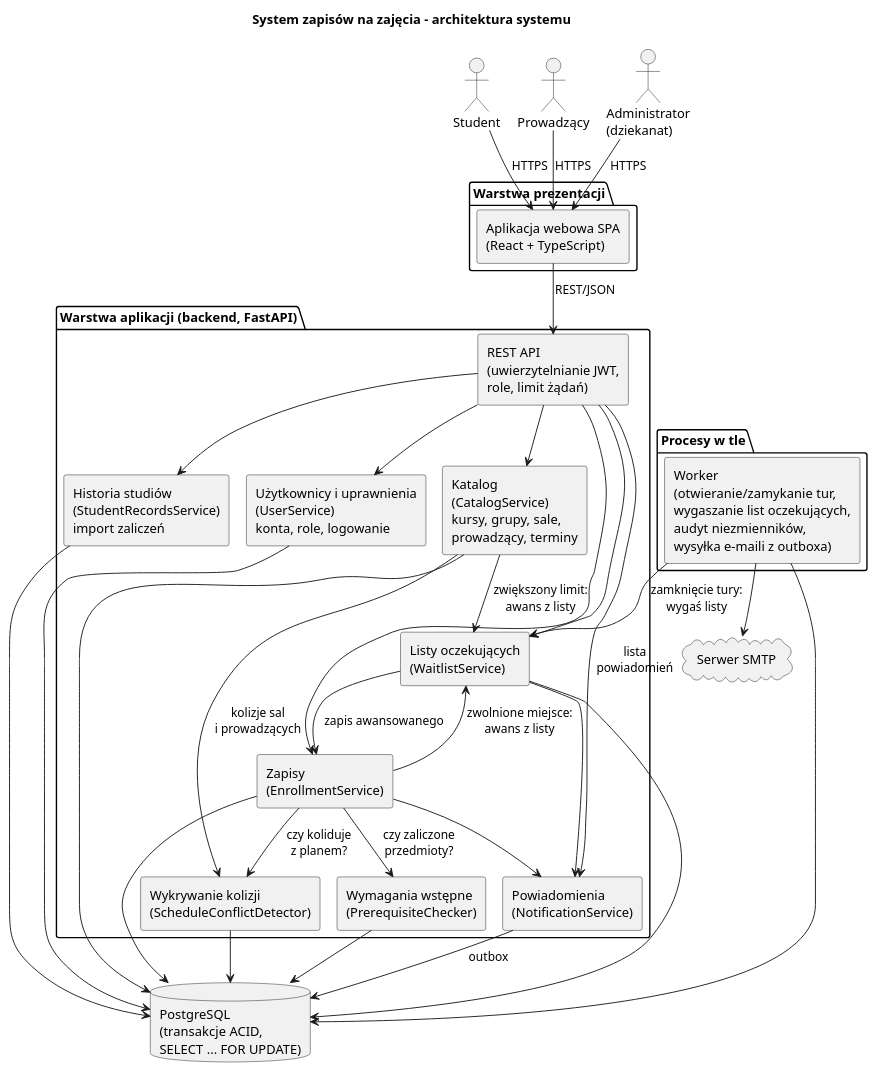
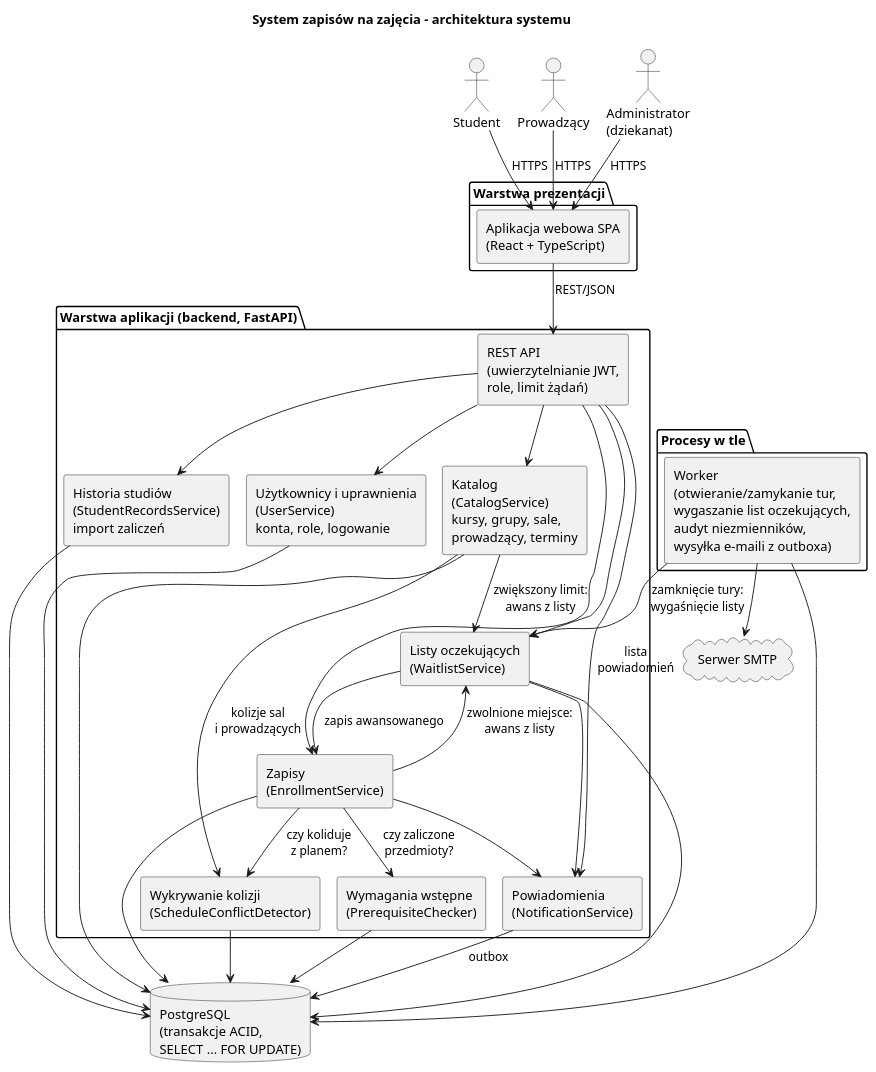
One commit to Husaria55/USOSv2 changed the diagram in diagramy/architektura.puml. Above: the diagram before and after it, drawn with PlantUML.

Commit message:
poprawka literówki

```diff
--- a/diagramy/architektura.puml
+++ b/diagramy/architektura.puml
@@ -1,63 +1,63 @@
 @startuml architektura
 !pragma layout smetana
 title System zapisów na zajęcia – architektura systemu
 skinparam componentStyle rectangle
 skinparam shadowing false
 
 actor "Student" as student
 actor "Prowadzący" as prow
 actor "Administrator\n(dziekanat)" as admin
 
 package "Warstwa prezentacji" {
   [Aplikacja webowa SPA\n(React + TypeScript)] as spa
 }
 
 package "Warstwa aplikacji (backend, FastAPI)" {
   [REST API\n(uwierzytelnianie JWT,\nrole, limit żądań)] as api
   [Katalog\n(CatalogService)\nkursy, grupy, sale,\nprowadzący, terminy] as katalog
   [Zapisy\n(EnrollmentService)] as zapisy
   [Wymagania wstępne\n(PrerequisiteChecker)] as wym
   [Wykrywanie kolizji\n(ScheduleConflictDetector)] as kol
   [Listy oczekujących\n(WaitlistService)] as wait
   [Powiadomienia\n(NotificationService)] as notif
   [Użytkownicy i uprawnienia\n(UserService)\nkonta, role, logowanie] as users
   [Historia studiów\n(StudentRecordsService)\nimport zaliczeń] as records
 }
 
 package "Procesy w tle" {
   [Worker\n(otwieranie/zamykanie tur,\nwygaszanie list oczekujących,\naudyt niezmienników,\nwysyłka e-maili z outboxa)] as worker
 }
 
 database "PostgreSQL\n(transakcje ACID,\nSELECT ... FOR UPDATE)" as db
 cloud "Serwer SMTP" as smtp
 
 student --> spa : HTTPS
 prow --> spa : HTTPS
 admin --> spa : HTTPS
 spa --> api : REST/JSON
 api --> katalog
 api --> zapisy
 api --> wait
 api --> notif : lista\npowiadomień
 api --> users
 api --> records
 zapisy --> wym : czy zaliczone\nprzedmioty?
 zapisy --> kol : czy koliduje\nz planem?
 zapisy --> wait : zwolnione miejsce:\nawans z listy
 katalog --> kol : kolizje sal\ni prowadzących
 katalog --> wait : zwiększony limit:\nawans z listy
 wait --> zapisy : zapis awansowanego
 wait --> notif
 zapisy --> notif
 notif --> db : outbox
-worker --> wait : zamknięcie tury:\nwygaś listy
+worker --> wait : zamknięcie tury:\nwygaśnięcie listy
 worker --> db
 worker --> smtp
 katalog --> db
 zapisy --> db
 wait --> db
 wym --> db
 kol --> db
 users --> db
 records --> db
 @enduml
```
